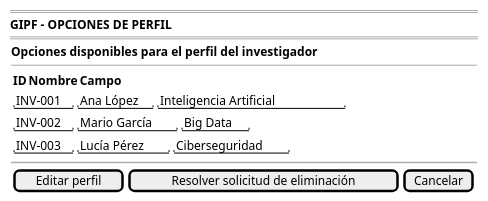
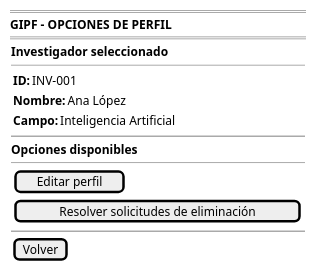
The diagram in documentación/CasosDeUso/prototipo/05-perfil/abrirOpcionesPerfil.puml (31Diego/25-26-IdSw1-SdR), drawn with PlantUML before and after one commit. The commit also changed 19 other files, not shown here.

Commit message:
correccion diagrama contexto

```diff
--- a/documentación/CasosDeUso/prototipo/05-perfil/abrirOpcionesPerfil.puml
+++ b/documentación/CasosDeUso/prototipo/05-perfil/abrirOpcionesPerfil.puml
@@ -1,21 +1,29 @@
 @startsalt abrirOpcionesPerfil-wireframe
 {
     ====
     <b>GIPF - OPCIONES DE PERFIL</b>
     ====
     {
-        <b>Opciones disponibles para el perfil del investigador</b>
+        <b>Investigador seleccionado</b>
         --
         {
-            {<b>ID</b> | <b>Nombre</b> | <b>Campo</b>}
-            {"INV-001" | "Ana López"   | "Inteligencia Artificial"}
-            {"INV-002" | "Mario García"| "Big Data"}
-            {"INV-003" | "Lucía Pérez" | "Ciberseguridad"}
+            {<b>ID:</b>     | INV-001}
+            {<b>Nombre:</b> | Ana López}
+            {<b>Campo:</b>  | Inteligencia Artificial}
         }
 
         ~~
 
-        {[Editar perfil] | [Resolver solicitud de eliminación] | [Cancelar]}
+        <b>Opciones disponibles</b>
+        --
+        {
+            {[Editar perfil]}
+            {[Resolver solicitudes de eliminación]}
+        }
+
+        ~~
+
+        {[Volver]}
     }
 }
 @endsalt
```
